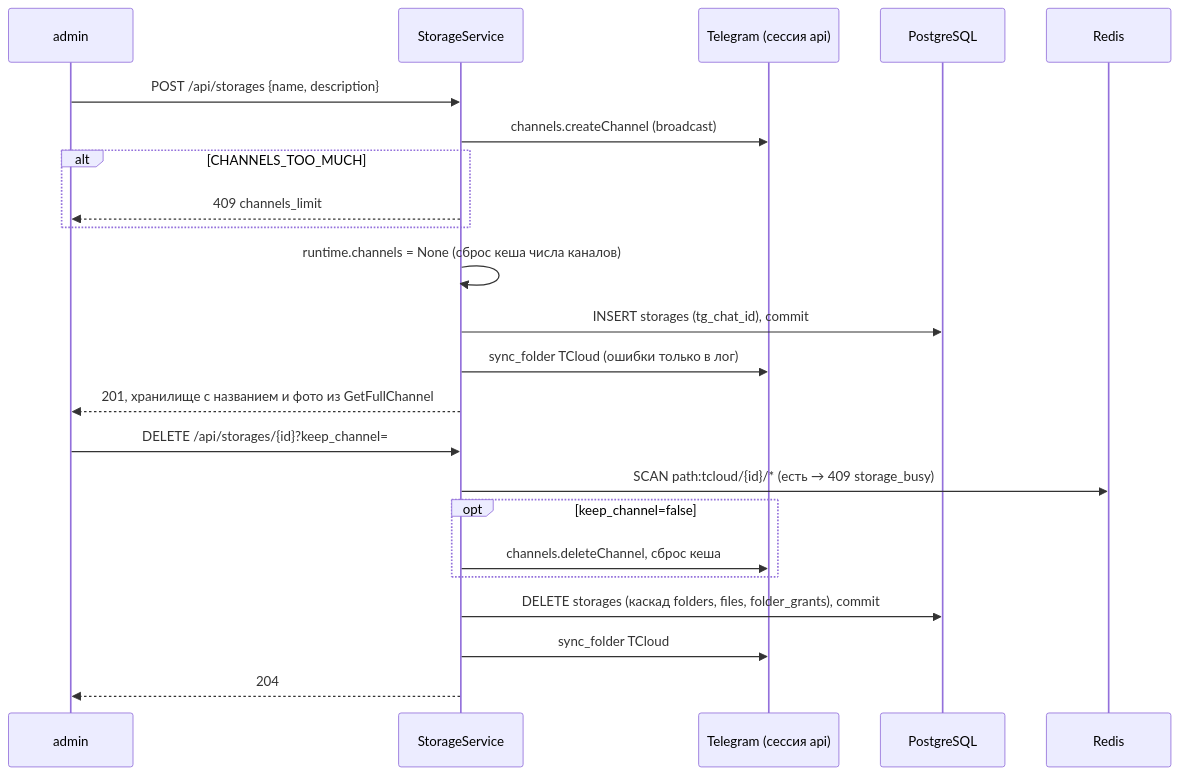
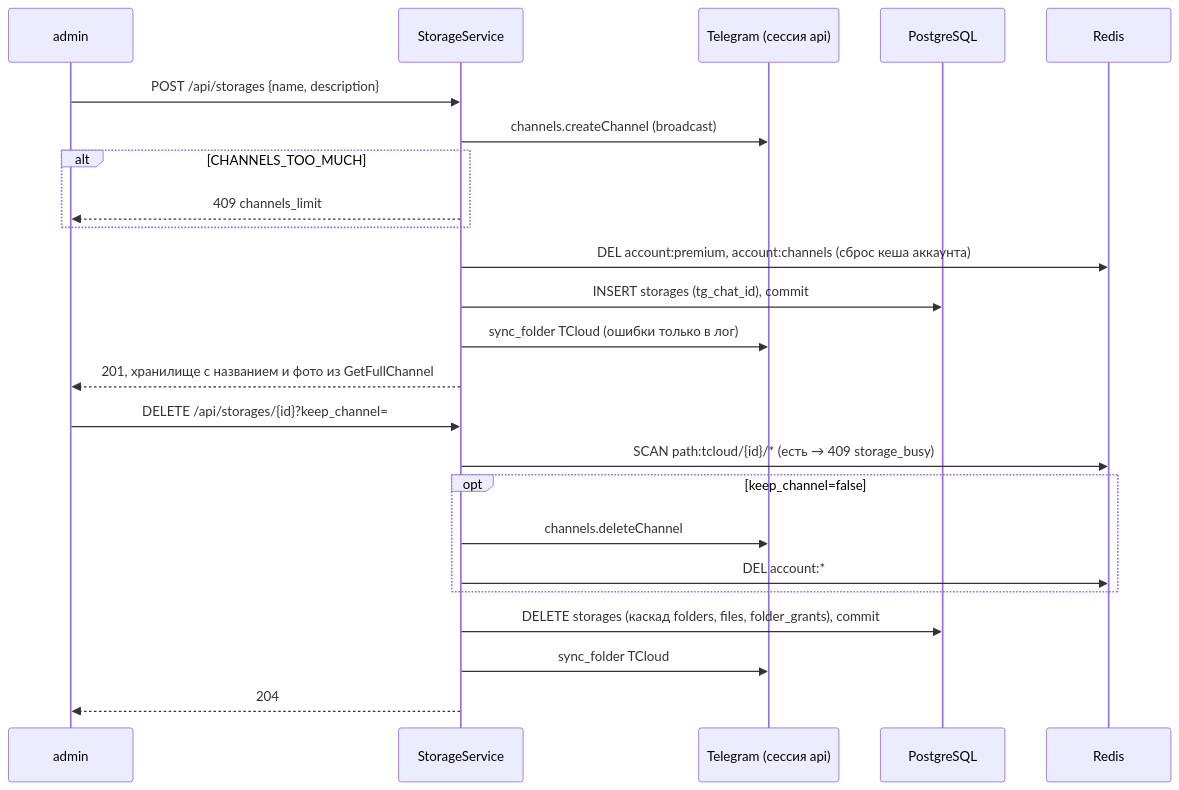
One commit to NikitkaZXC/tcloud-backend changed the first of 4 diagrams in docs/flows/storages.md. Above: the diagram before and after it, drawn with Mermaid. The commit also changed other lines of this file and 13 other files, not shown here.

Commit message:
perf: Telegram premium and channels count cached in Redis for REDIS_CACHE_TTL instead of API memory

````diff
--- a/docs/flows/storages.md
+++ b/docs/flows/storages.md
@@ -14,25 +14,26 @@
 ```mermaid
 sequenceDiagram
     participant C as admin
     participant S as StorageService
     participant TG as Telegram (сессия api)
     participant DB as PostgreSQL
     participant R as Redis
     C->>S: POST /api/storages {name, description}
     S->>TG: channels.createChannel (broadcast)
     alt CHANNELS_TOO_MUCH
         S-->>C: 409 channels_limit
     end
-    S->>S: runtime.channels = None (сброс кеша числа каналов)
+    S->>R: DEL account:premium, account:channels (сброс кеша аккаунта)
     S->>DB: INSERT storages (tg_chat_id), commit
     S->>TG: sync_folder TCloud (ошибки только в лог)
     S-->>C: 201, хранилище с названием и фото из GetFullChannel
     C->>S: DELETE /api/storages/{id}?keep_channel=
     S->>R: SCAN path:tcloud/{id}/* (есть → 409 storage_busy)
     opt keep_channel=false
-        S->>TG: channels.deleteChannel, сброс кеша
+        S->>TG: channels.deleteChannel
+        S->>R: DEL account:*
     end
     S->>DB: DELETE storages (каскад folders, files, folder_grants), commit
     S->>TG: sync_folder TCloud
     S-->>C: 204
 ```
````
